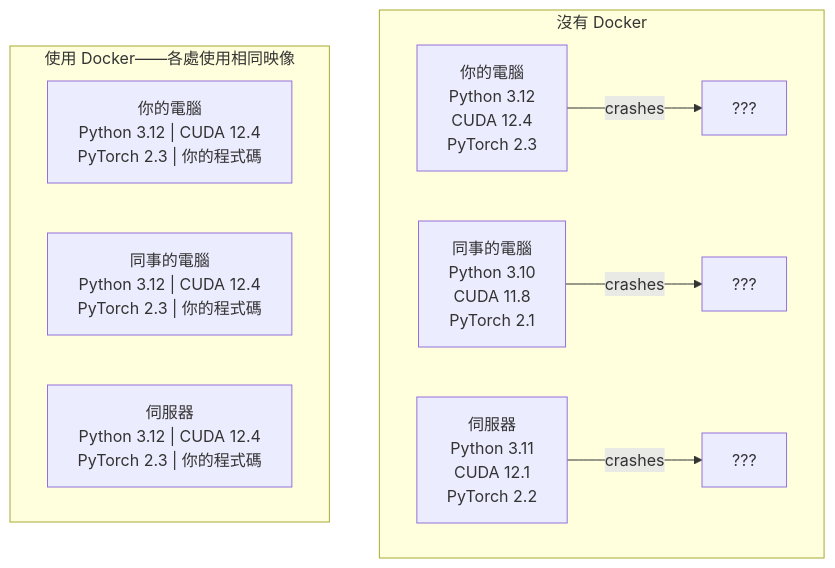
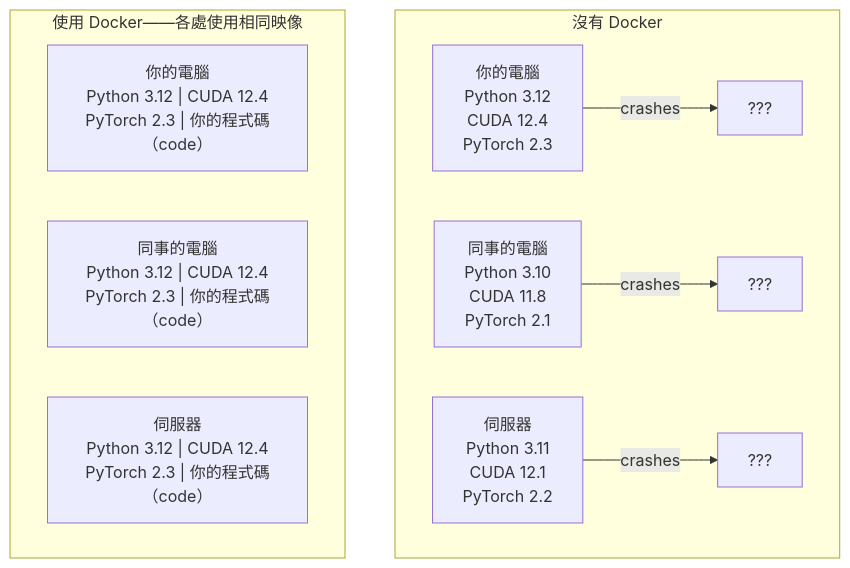
One commit to edward821220/ai-engineering-from-scratch changed the diagram in i18n/zh-TW/phases/00-setup-and-tooling/07-docker-for-ai/docs/zh-TW.md. Above: the diagram before and after it, drawn with Mermaid. The commit also changed other lines of this file and 197 other files, not shown here.

````diff
--- a/i18n/zh-TW/phases/00-setup-and-tooling/07-docker-for-ai/docs/zh-TW.md
+++ b/i18n/zh-TW/phases/00-setup-and-tooling/07-docker-for-ai/docs/zh-TW.md
@@ -27,14 +27,14 @@
 ```mermaid
 graph TD
     subgraph without["沒有 Docker"]
         A1["你的電腦<br/>Python 3.12<br/>CUDA 12.4<br/>PyTorch 2.3"] -->|crashes| X1["???"]
         A2["同事的電腦<br/>Python 3.10<br/>CUDA 11.8<br/>PyTorch 2.1"] -->|crashes| X2["???"]
         A3["伺服器<br/>Python 3.11<br/>CUDA 12.1<br/>PyTorch 2.2"] -->|crashes| X3["???"]
     end
 
     subgraph with_docker["使用 Docker——各處使用相同映像"]
-        B1["你的電腦<br/>Python 3.12 | CUDA 12.4<br/>PyTorch 2.3 | 你的程式碼"]
-        B2["同事的電腦<br/>Python 3.12 | CUDA 12.4<br/>PyTorch 2.3 | 你的程式碼"]
-        B3["伺服器<br/>Python 3.12 | CUDA 12.4<br/>PyTorch 2.3 | 你的程式碼"]
+        B1["你的電腦<br/>Python 3.12 | CUDA 12.4<br/>PyTorch 2.3 | 你的程式碼（code）"]
+        B2["同事的電腦<br/>Python 3.12 | CUDA 12.4<br/>PyTorch 2.3 | 你的程式碼（code）"]
+        B3["伺服器<br/>Python 3.12 | CUDA 12.4<br/>PyTorch 2.3 | 你的程式碼（code）"]
     end
 ```
````
